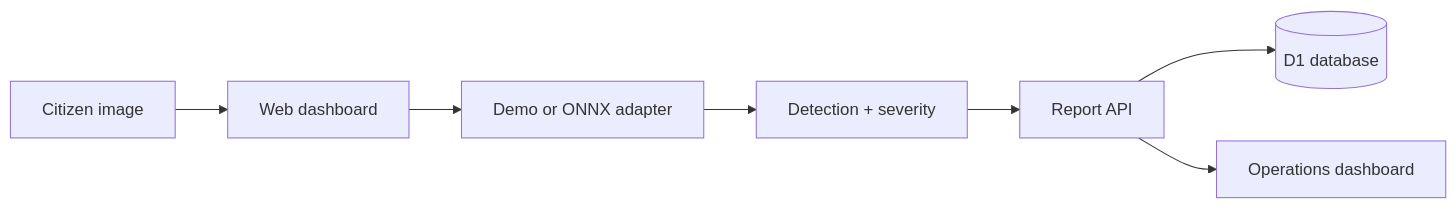
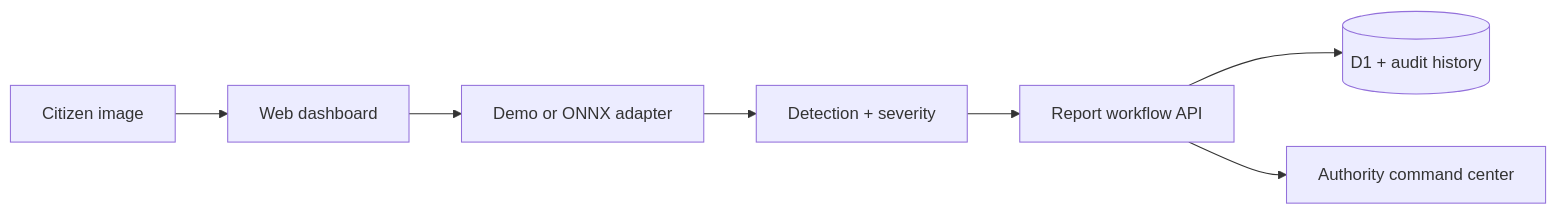
The diagram in README.md (AzizulHakim00/CivicLens-AI), drawn with Mermaid before and after one commit. The commit also changed other lines of this file and 28 other files, not shown here.

````diff
--- a/README.md
+++ b/README.md
@@ -26,9 +30,9 @@
 ```mermaid
 flowchart LR
     A["Citizen image"] --> B["Web dashboard"]
     B --> C["Demo or ONNX adapter"]
     C --> D["Detection + severity"]
-    D --> E["Report API"]
-    E --> F[("D1 database")]
-    E --> G["Operations dashboard"]
+    D --> E["Report workflow API"]
+    E --> F[("D1 + audit history")]
+    E --> G["Authority command center"]
 ```
````
